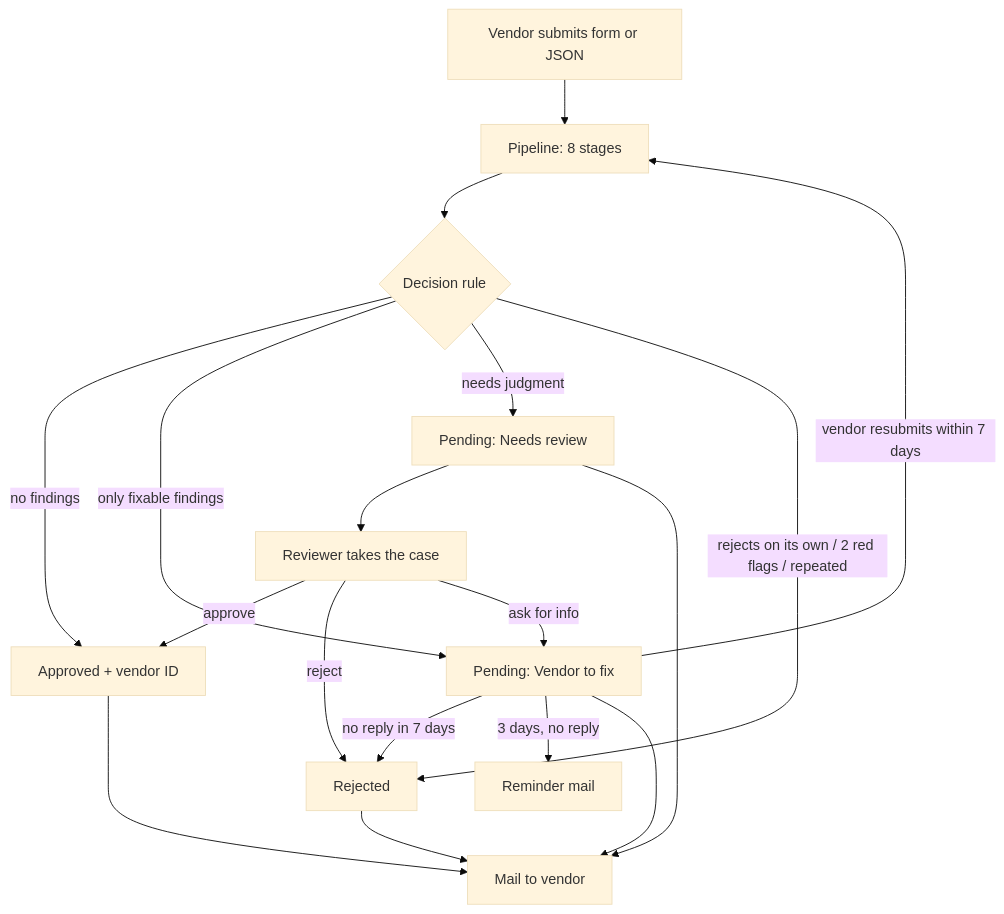
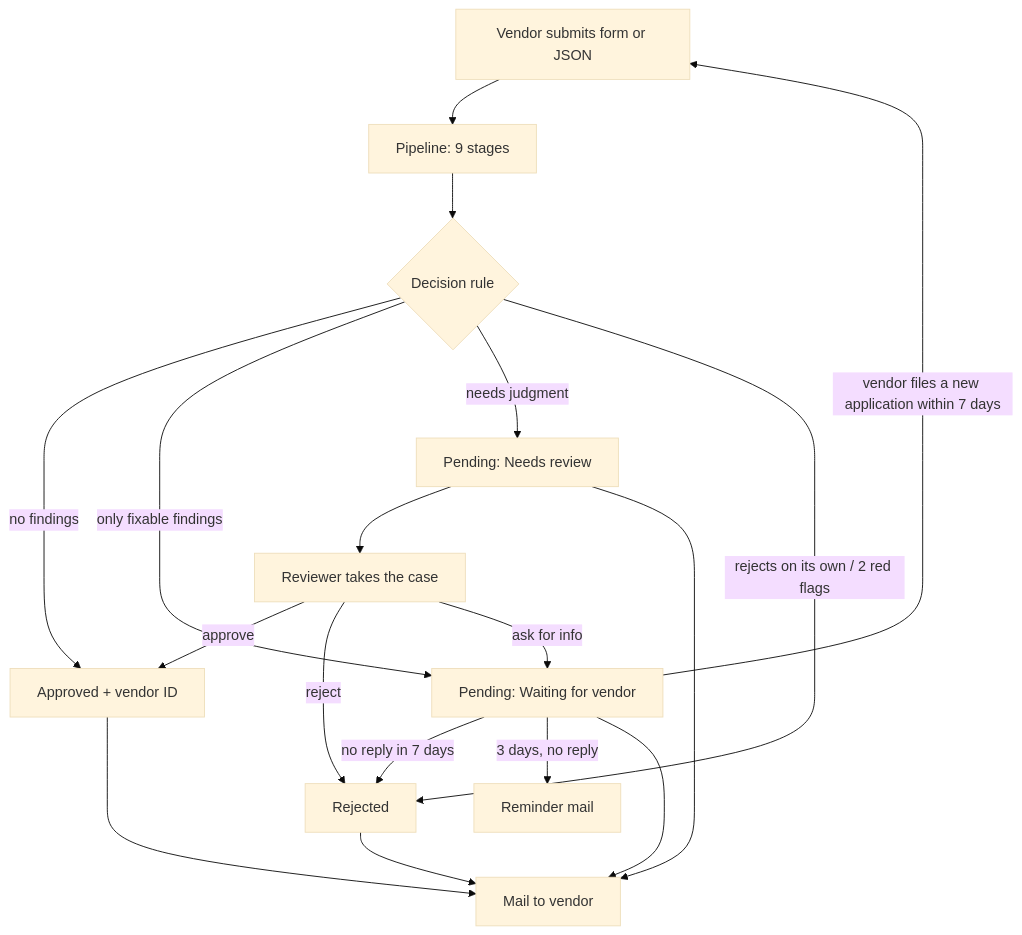
Before and after one commit to ShubhamK0802/vendor-onboarding-flask: the first of 5 diagrams in docs/WORKFLOW.md, drawn with Mermaid (base theme). The commit also changed other lines of this file and 22 other files, not shown here.

````diff
--- a/docs/WORKFLOW.md
+++ b/docs/WORKFLOW.md
@@ -7,20 +7,20 @@
 ```mermaid
 flowchart TD
-    A[Vendor submits form or JSON] --> B[Pipeline: 8 stages]
+    A[Vendor submits form or JSON] --> B[Pipeline: 9 stages]
     B --> C{Decision rule}
     C -->|no findings| D[Approved + vendor ID]
-    C -->|only fixable findings| E[Pending: Vendor to fix]
+    C -->|only fixable findings| E[Pending: Waiting for vendor]
     C -->|needs judgment| F[Pending: Needs review]
-    C -->|rejects on its own / 2 red flags / repeated| G[Rejected]
-    E -->|vendor resubmits within 7 days| B
+    C -->|rejects on its own / 2 red flags| G[Rejected]
+    E -->|vendor files a new application within 7 days| A
     E -->|no reply in 7 days| G
     E -->|3 days, no reply| R[Reminder mail]
     F --> H[Reviewer takes the case]
     H -->|approve| D
     H -->|reject| G
     H -->|ask for info| E
     D --> M[Mail to vendor]
     E --> M
     F --> M
     G --> M
 ```
````
